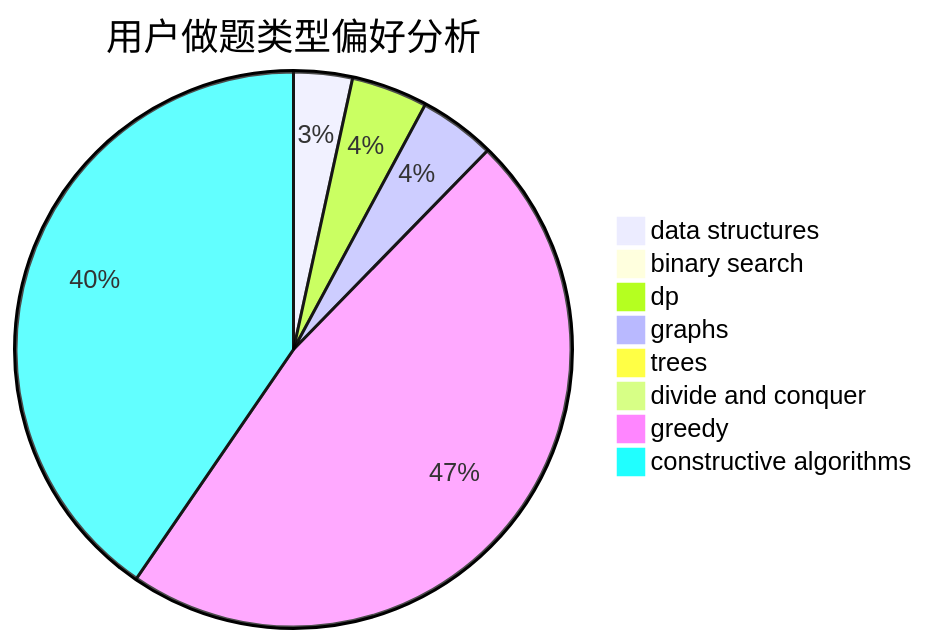
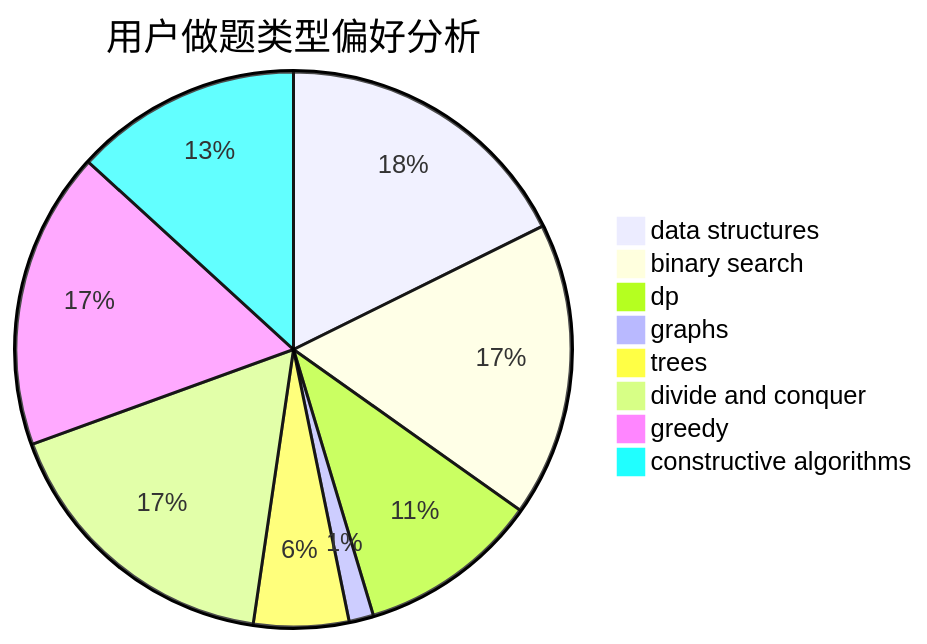
The second of 3 diagrams in docs/user/u570.md (sherpahu/cfrs.github.io), drawn with Mermaid before and after one commit. The commit also changed other lines of this file and 2770 other files, not shown here.

````diff
--- a/docs/user/u570.md
+++ b/docs/user/u570.md
@@ -23,11 +23,11 @@
 ```mermaid
 pie title 用户做题类型偏好分析
-    "data structures" :  30
-    "binary search" :  0
-    "dp" :  39
-    "graphs" :  39
-    "trees" :  0
-    "divide and conquer" :  0
-    "greedy" :  415
-    "constructive algorithms" :  355
+    "data structures" :  99
+    "binary search" :  96
+    "dp" :  59
+    "graphs" :  8
+    "trees" :  31
+    "divide and conquer" :  96
+    "greedy" :  97
+    "constructive algorithms" :  74
 ```
````
